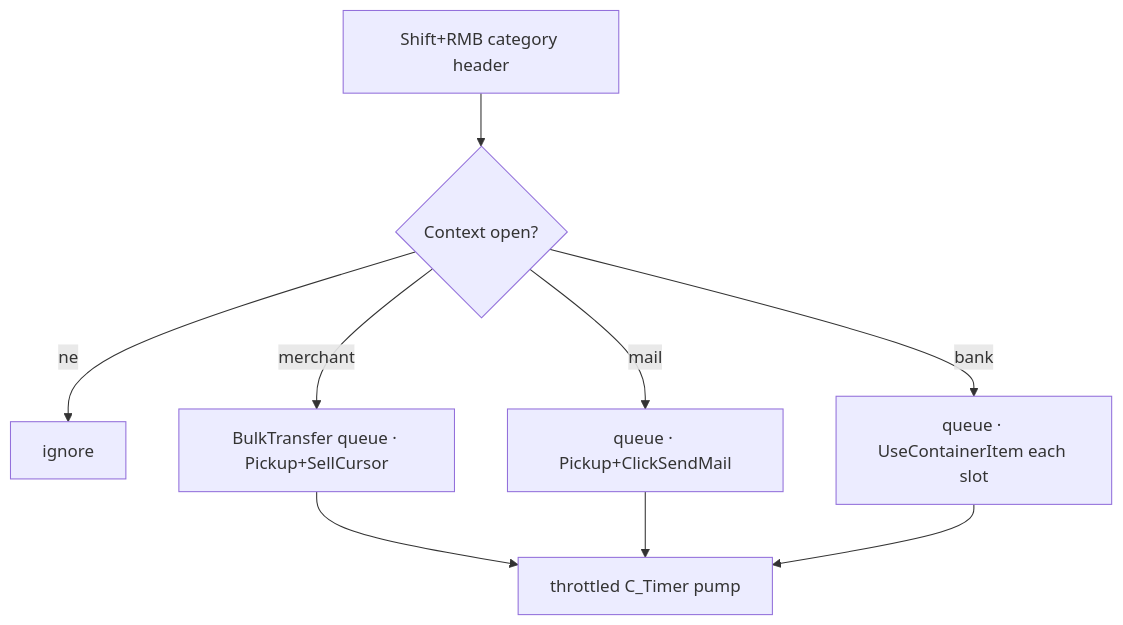
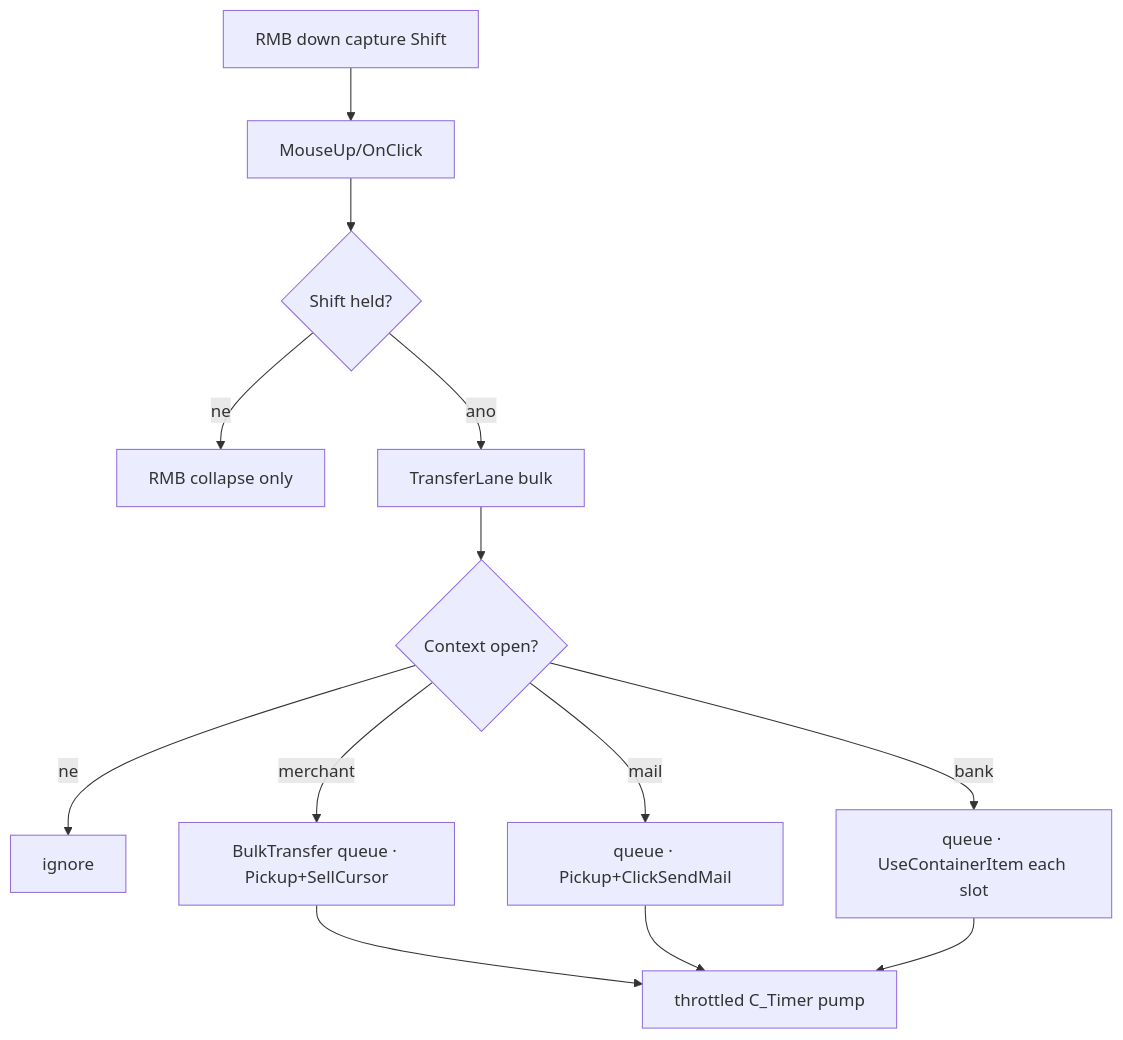
One commit to sirTurbisCZ/wow-forever-addons changed the fifth of 8 diagrams in addons/BetterBackpack/Docs/loops.md. Above: the diagram before and after it, drawn with Mermaid. The commit also changed other lines of this file and 5 other files, not shown here.

First line of the commit message:
fix(BetterBackpack): 0.5.77 header Shift capture + TransferLane

````diff
--- a/addons/BetterBackpack/Docs/loops.md
+++ b/addons/BetterBackpack/Docs/loops.md
@@ -141,11 +141,15 @@
 ```mermaid
 flowchart TD
-  RMB[Shift+RMB category header] --> Ctx{Context open?}
+  Down[RMB down capture Shift] --> Up[MouseUp/OnClick]
+  Up --> Shift{Shift held?}
+  Shift -->|ne| Collapse[RMB collapse only]
+  Shift -->|ano| RMB[TransferLane bulk]
+  RMB --> Ctx{Context open?}
   Ctx -->|ne| Noop[ignore]
   Ctx -->|merchant| Sell[BulkTransfer queue · Pickup+SellCursor]
   Ctx -->|mail| Mail[queue · Pickup+ClickSendMail]
   Ctx -->|bank| Bank[queue · UseContainerItem each slot]
   Sell --> Pump[throttled C_Timer pump]
   Mail --> Pump
   Bank --> Pump
 ```
````
